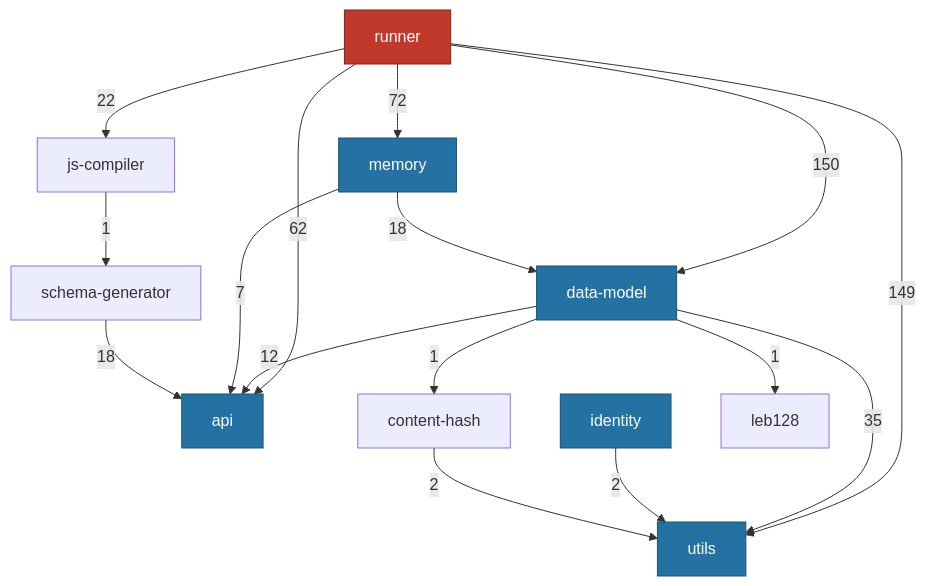
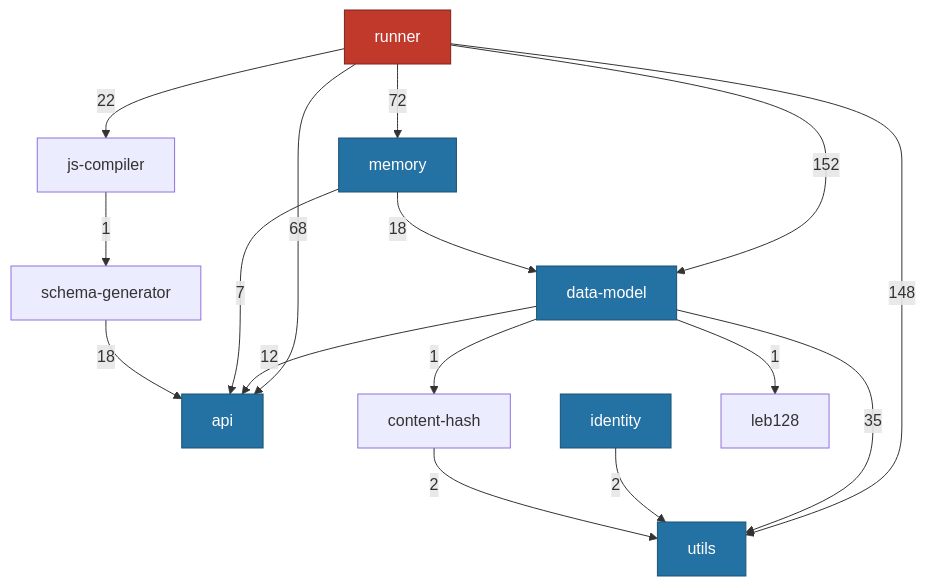
The first of 3 diagrams in docs/development/orientation/dependency-graph.md (commontoolsinc/labs), drawn with Mermaid before and after one commit. The commit also changed other lines of this file and 4 other files, not shown here.

````diff
--- a/docs/development/orientation/dependency-graph.md
+++ b/docs/development/orientation/dependency-graph.md
@@ -31,30 +31,30 @@
 ```mermaid
 flowchart TD
     classDef hub fill:#c0392b,stroke:#7b241c,color:#fff
     classDef floor fill:#2471a3,stroke:#1a5276,color:#fff
 
     runner["runner"]:::hub
     utils["utils"]:::floor
     datamodel["data-model"]:::floor
     api["api"]:::floor
     identity["identity"]:::floor
     memory["memory"]:::floor
     contenthash["content-hash"]
     leb128["leb128"]
 
-    runner -->|150| datamodel
-    runner -->|149| utils
+    runner -->|152| datamodel
+    runner -->|148| utils
     runner -->|72| memory
-    runner -->|62| api
+    runner -->|68| api
     runner -->|22| jsc["js-compiler"]
     datamodel -->|35| utils
     datamodel -->|12| api
     datamodel -->|1| contenthash
     datamodel -->|1| leb128
     memory -->|18| datamodel
     memory -->|7| api
     identity -->|2| utils
     contenthash -->|2| utils
     jsc -->|1| schemagen["schema-generator"]
     schemagen -->|18| api
 ```
````
